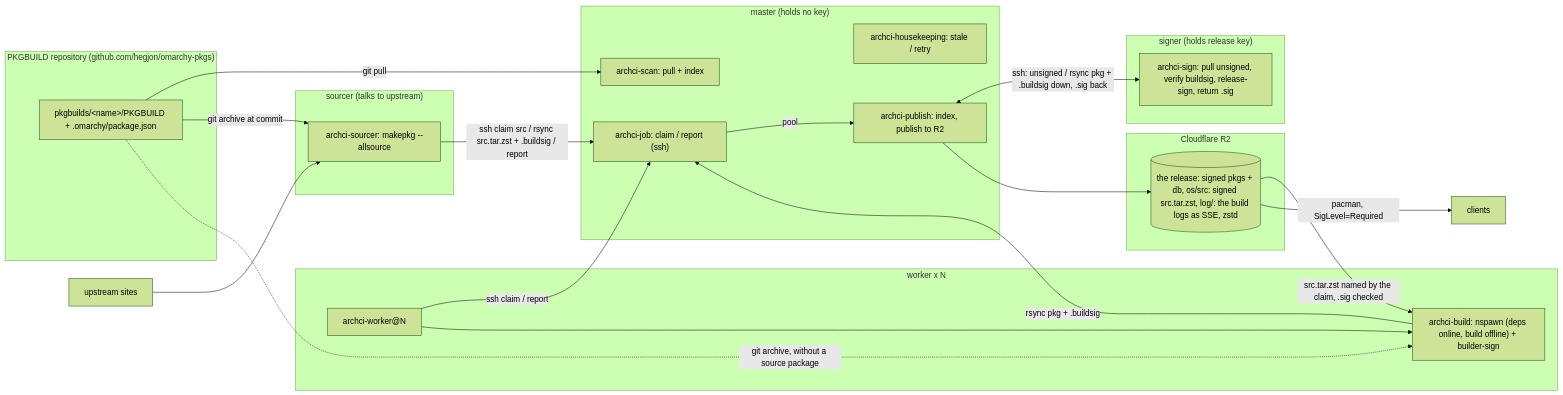
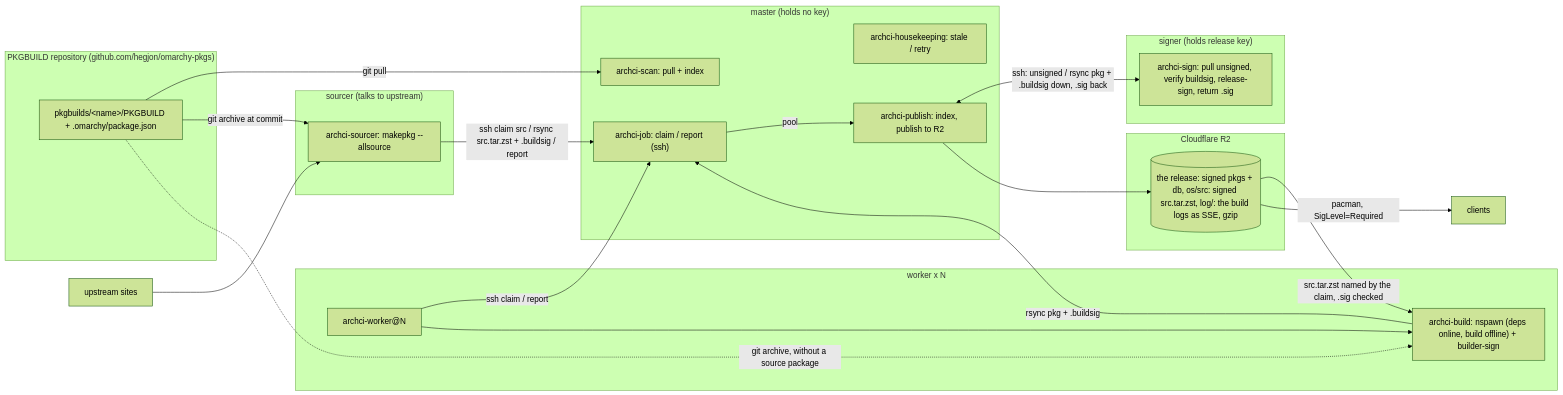
One commit to hegjon/archci changed the first of 2 diagrams in README.md. Above: the diagram before and after it, drawn with Mermaid (forest theme). The commit also changed other lines of this file and 7 other files, not shown here.

First line of the commit message:
The exported logs are gzip, which the release passes through

````diff
--- a/README.md
+++ b/README.md
@@ -50,38 +50,38 @@
 ```mermaid
 flowchart LR
   subgraph GH["PKGBUILD repository (github.com/hegjon/omarchy-pkgs)"]
     PK["pkgbuilds/&lt;name&gt;/PKGBUILD + .omarchy/package.json"]
   end
   subgraph MASTER["master (holds no key)"]
     SCAN["archci-scan: pull + index"]
     JOB["archci-job: claim / report (ssh)"]
     KEEP["archci-housekeeping: stale / retry"]
     PUB["archci-publish: index, publish to R2"]
   end
   subgraph WORKER["worker x N"]
     WL["archci-worker@N"]
     BUILD["archci-build: nspawn (deps online, build offline) + builder-sign"]
   end
   subgraph SIGNER["signer (holds release key)"]
     SIGN["archci-sign: pull unsigned, verify buildsig, release-sign, return .sig"]
   end
   subgraph SOURCER["sourcer (talks to upstream)"]
     SRCR["archci-sourcer: makepkg --allsource"]
   end
   subgraph R2["Cloudflare R2"]
-    REL[("the release: signed pkgs + db, os/src: signed src.tar.zst, log/: the build logs as SSE, zstd")]
+    REL[("the release: signed pkgs + db, os/src: signed src.tar.zst, log/: the build logs as SSE, gzip")]
   end
   PK -->|git pull| SCAN
   WL -->|ssh claim / report| JOB
   WL --> BUILD
   SRCR -->|ssh claim src / rsync src.tar.zst + .buildsig / report| JOB
   PK -->|git archive at commit| SRCR
   UP["upstream sites"] --> SRCR
   REL -->|src.tar.zst named by the claim, .sig checked| BUILD
   PK -.->|git archive, without a source package| BUILD
   BUILD -->|rsync pkg + .buildsig| JOB
   JOB -->|pool| PUB
   PUB <-->|"ssh: unsigned / rsync pkg + .buildsig down, .sig back"| SIGN
   PUB --> REL
   REL -->|"pacman, SigLevel=Required"| CLIENTS["clients"]
 ```
````
